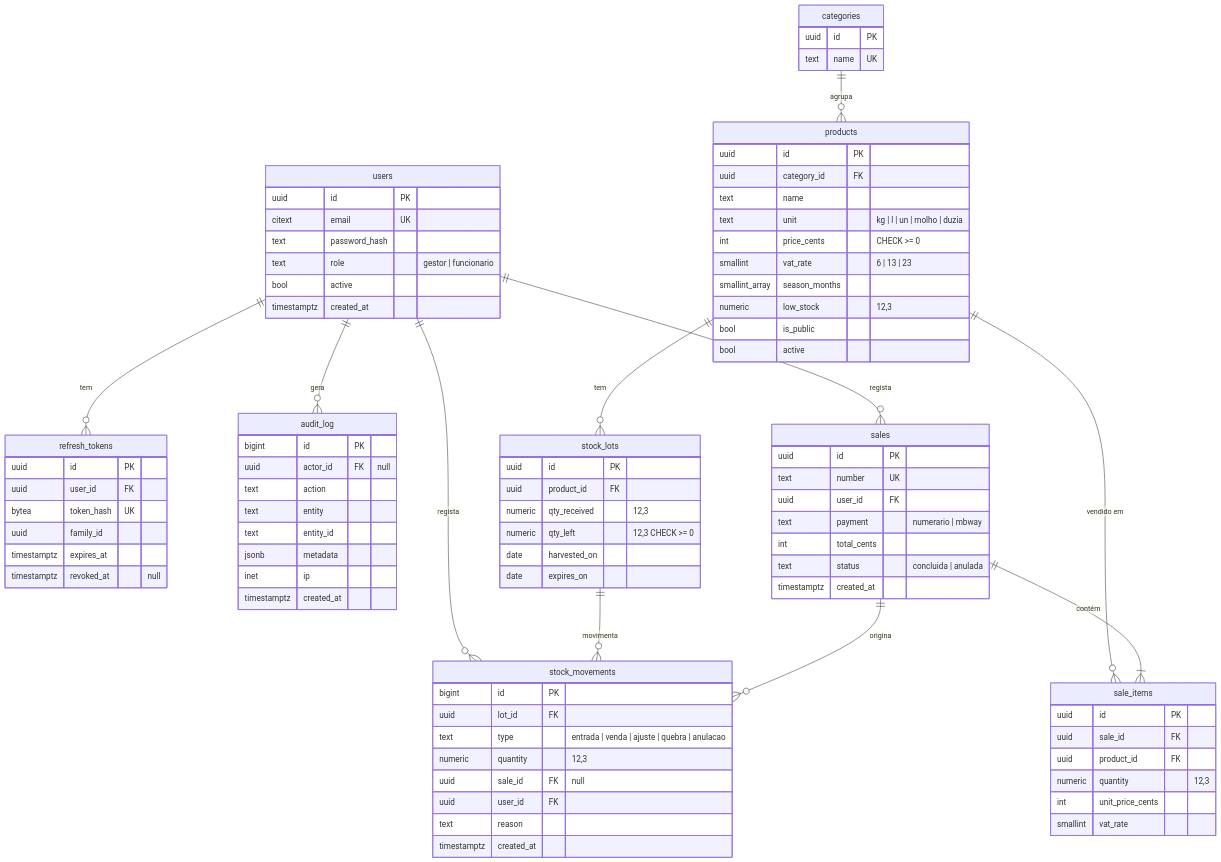
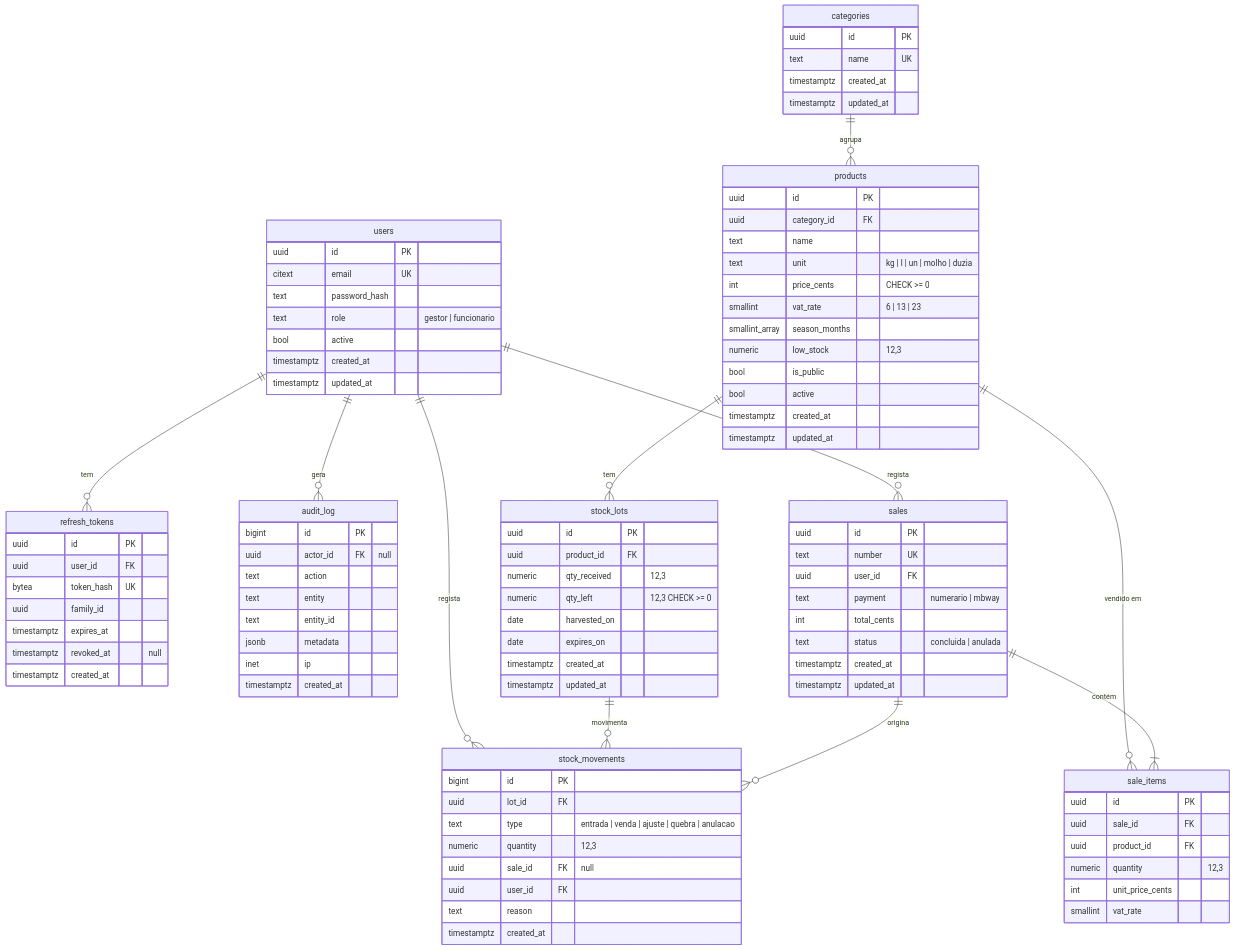
Before and after one commit to VascoDuart/loja-da-quinta: the diagram in docs/architecture/data-model.md, drawn with Mermaid. The commit also changed other lines of this file, not shown here.

First line of the commit message:
docs(data-model): acrescenta created_at e updated_at às tabelas mutáveis

```diff
--- a/docs/architecture/data-model.md
+++ b/docs/architecture/data-model.md
@@ -20,6 +20,7 @@
         text role "gestor | funcionario"
         bool active
         timestamptz created_at
+        timestamptz updated_at
     }
     refresh_tokens {
         uuid id PK
@@ -28,6 +29,7 @@
         uuid family_id
         timestamptz expires_at
         timestamptz revoked_at "null"
+        timestamptz created_at
     }
     audit_log {
         bigint id PK
@@ -42,6 +44,8 @@
     categories {
         uuid id PK
         text name UK
+        timestamptz created_at
+        timestamptz updated_at
     }
     products {
         uuid id PK
@@ -54,6 +58,8 @@
         numeric low_stock "12,3"
         bool is_public
         bool active
+        timestamptz created_at
+        timestamptz updated_at
     }
     stock_lots {
         uuid id PK
@@ -62,6 +68,8 @@
         numeric qty_left "12,3 CHECK >= 0"
         date harvested_on
         date expires_on
+        timestamptz created_at
+        timestamptz updated_at
     }
     sales {
         uuid id PK
@@ -71,6 +79,7 @@
         int total_cents
         text status "concluida | anulada"
         timestamptz created_at
+        timestamptz updated_at
     }
     sale_items {
         uuid id PK
```
